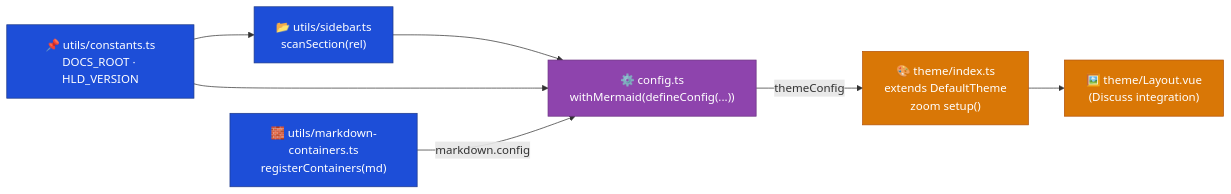
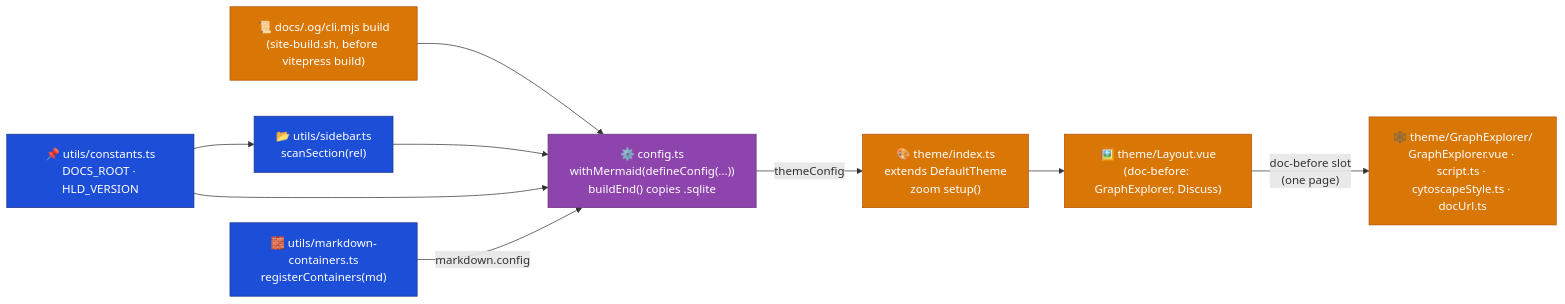
The diagram in docs/System Architecture (LLD)/Web/00. Overview.md (DataArt/artisyn-implementation-harness), drawn with Mermaid before and after one commit. The commit also changed other lines of this file and 10 other files, not shown here.

Commit message:
docs(architecture): describe the operational graph's HLD/LLD/Harness boundary

````diff
--- a/docs/System Architecture (LLD)/Web/00. Overview.md
+++ b/docs/System Architecture (LLD)/Web/00. Overview.md
@@ -13,20 +13,25 @@
 ```mermaid
 flowchart LR
-    CFG["⚙️ config.ts\nwithMermaid(defineConfig(...))"]:::cfg
+    OG["📜 docs/.og/cli.mjs build\n(site-build.sh, before vitepress build)"]:::og
+    CFG["⚙️ config.ts\nwithMermaid(defineConfig(...))\nbuildEnd() copies .sqlite"]:::cfg
     SIDE["📂 utils/sidebar.ts\nscanSection(rel)"]:::util
     CONST["📌 utils/constants.ts\nDOCS_ROOT · HLD_VERSION"]:::util
     MDC["🧱 utils/markdown-containers.ts\nregisterContainers(md)"]:::util
     IDX["🎨 theme/index.ts\nextends DefaultTheme\nzoom setup()"]:::theme
-    LAY["🖼️ theme/Layout.vue\n(Discuss integration)"]:::theme
+    LAY["🖼️ theme/Layout.vue\n(doc-before: GraphExplorer, Discuss)"]:::theme
+    GE["🕸️ theme/GraphExplorer/\nGraphExplorer.vue · script.ts · cytoscapeStyle.ts · docUrl.ts"]:::theme
 
+    OG --> CFG
     CONST --> SIDE
     SIDE --> CFG
     CONST --> CFG
     MDC -->|"markdown.config"| CFG
     CFG -->|"themeConfig"| IDX
     IDX --> LAY
+    LAY -->|"doc-before slot\n(one page)"| GE
 
+    classDef og    fill:#D97706,stroke:#B45309,color:#fff
     classDef cfg   fill:#8E44AD,stroke:#6C3483,color:#fff
     classDef util  fill:#1D4ED8,stroke:#1e3a8a,color:#fff
     classDef theme fill:#D97706,stroke:#B45309,color:#fff
 ```
````
